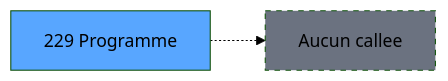
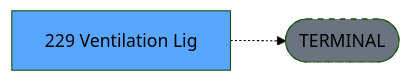
One commit to thonyAGP/lecteur-magic changed the third of 3 diagrams in .openspec/renders/ADH-IDE-229.md. Above: the diagram before and after it, drawn with Mermaid (forest theme). The commit also changed other lines of this file and 701 other files, not shown here.

````diff
--- a/.openspec/renders/ADH-IDE-229.md
+++ b/.openspec/renders/ADH-IDE-229.md
@@ -123,8 +136,8 @@
 ```mermaid
 graph LR
-    T[229 Programme]
-    NONE[Aucun callee]
-    T -.-> NONE
+    T[229 Ventilation Lig]
+    TERM([TERMINAL])
+    T -.-> TERM
+    style TERM fill:#6b7280,stroke-dasharray: 5 5
     style T fill:#58a6ff,color:#000
-    style NONE fill:#6b7280,stroke-dasharray: 5 5
 ```
````
